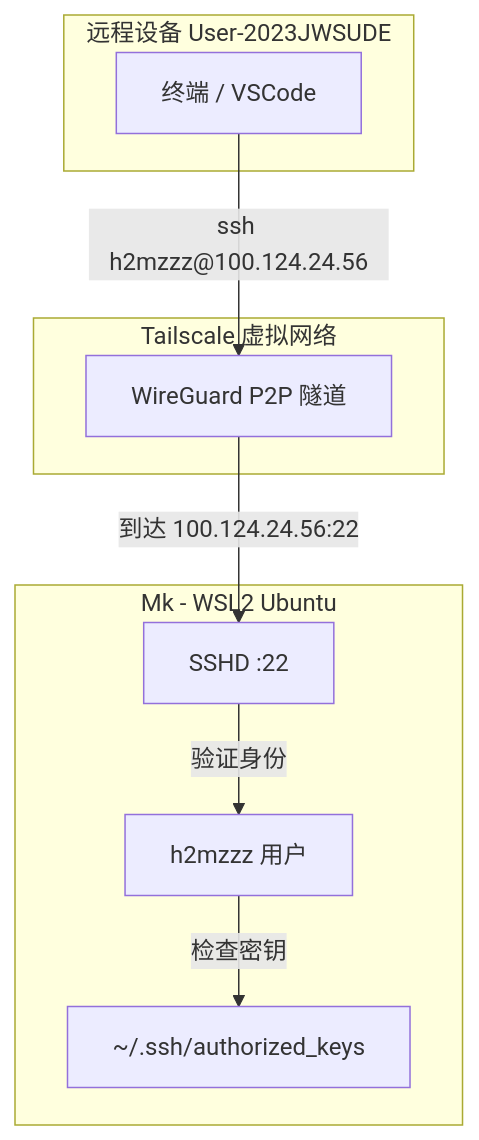
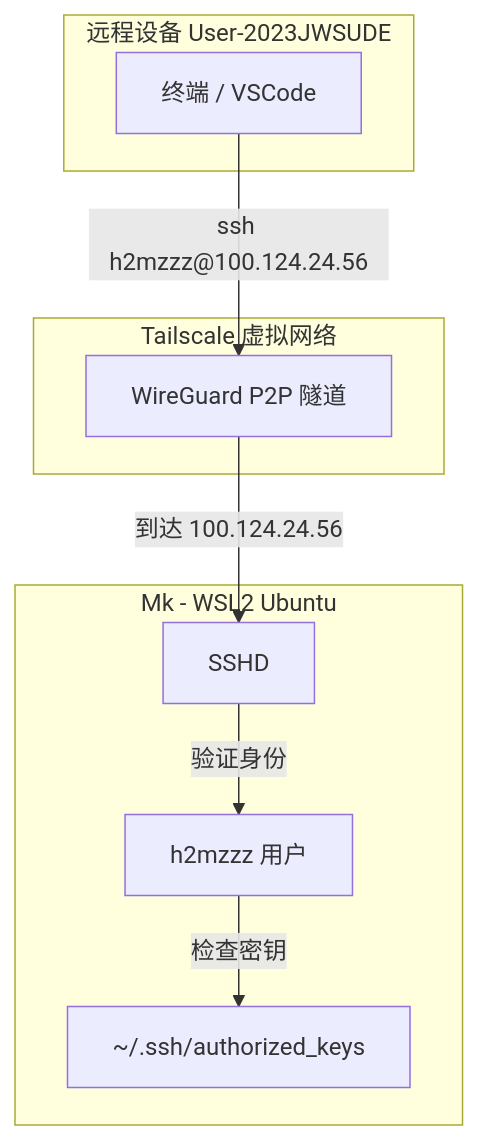
The first of 2 diagrams in FIXED-01-Ubuntu/tailscale/setup/ssh-connection-setup.md (HuaiminHuang/obsidian-note-book), drawn with Mermaid before and after one commit. The commit also changed 1 other file, not shown here.

Commit message:
fix: remove exposed port numbers from tailscale notes

````diff
--- a/FIXED-01-Ubuntu/tailscale/setup/ssh-connection-setup.md
+++ b/FIXED-01-Ubuntu/tailscale/setup/ssh-connection-setup.md
@@ -13,21 +13,21 @@
 ```mermaid
 graph TB
     subgraph Remote[远程设备 User-2023JWSUDE]
         A[终端 / VSCode]
     end
 
     subgraph TailscaleNet[Tailscale 虚拟网络]
         B[WireGuard P2P 隧道]
     end
 
     subgraph WSL2[Mk - WSL2 Ubuntu]
-        C[SSHD :22]
+        C[SSHD]
         D[h2mzzz 用户]
         E[~/.ssh/authorized_keys]
     end
 
     A -->|ssh h2mzzz@100.124.24.56| B
-    B -->|到达 100.124.24.56:22| C
+    B -->|到达 100.124.24.56| C
     C -->|验证身份| D
     D -->|检查密钥| E
 ```
````
